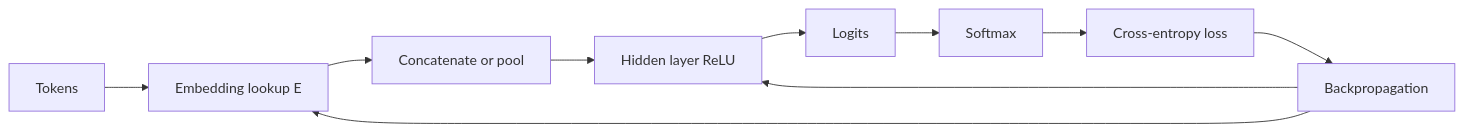
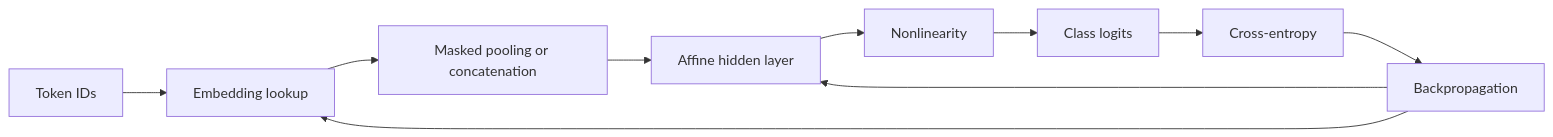
Before and after one commit to justinbrianhwang/SJ-wiki: the diagram in docs/cs/nlp/neural-networks-for-nlp.md, drawn with Mermaid. The commit also changed other lines of this file and 166 other files, not shown here.

````diff
--- a/docs/cs/nlp/neural-networks-for-nlp.md
+++ b/docs/cs/nlp/neural-networks-for-nlp.md
@@ -76,12 +67,12 @@
 ```mermaid
 flowchart LR
-  A[Tokens] --> B[Embedding lookup E]
-  B --> C[Concatenate or pool]
-  C --> D[Hidden layer ReLU]
-  D --> E[Logits]
-  E --> F[Softmax]
-  F --> G[Cross-entropy loss]
+  A[Token IDs] --> B[Embedding lookup]
+  B --> C[Masked pooling or concatenation]
+  C --> D[Affine hidden layer]
+  D --> E[Nonlinearity]
+  E --> F[Class logits]
+  F --> G[Cross-entropy]
   G --> H[Backpropagation]
   H --> B
   H --> D
 ```
````
